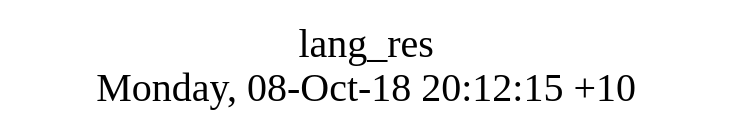
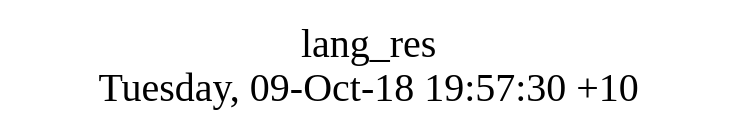
Before and after one commit to AplaProject/apps: the diagram in src/lang_res/struct.dot, drawn with Graphviz. The commit also changed 658 other files, not shown here.

```diff
--- a/src/lang_res/struct.dot
+++ b/src/lang_res/struct.dot
@@ -1,8 +1,8 @@
 digraph G {
 fontsize="24";
-label="lang_res\nMonday, 08-Oct-18 20:12:15 +10";
+label="lang_res\nTuesday, 09-Oct-18 19:57:30 +10";
 nojustify=true;
 ordering=out;
 rankdir=LR;
 size="30";
 }
```
